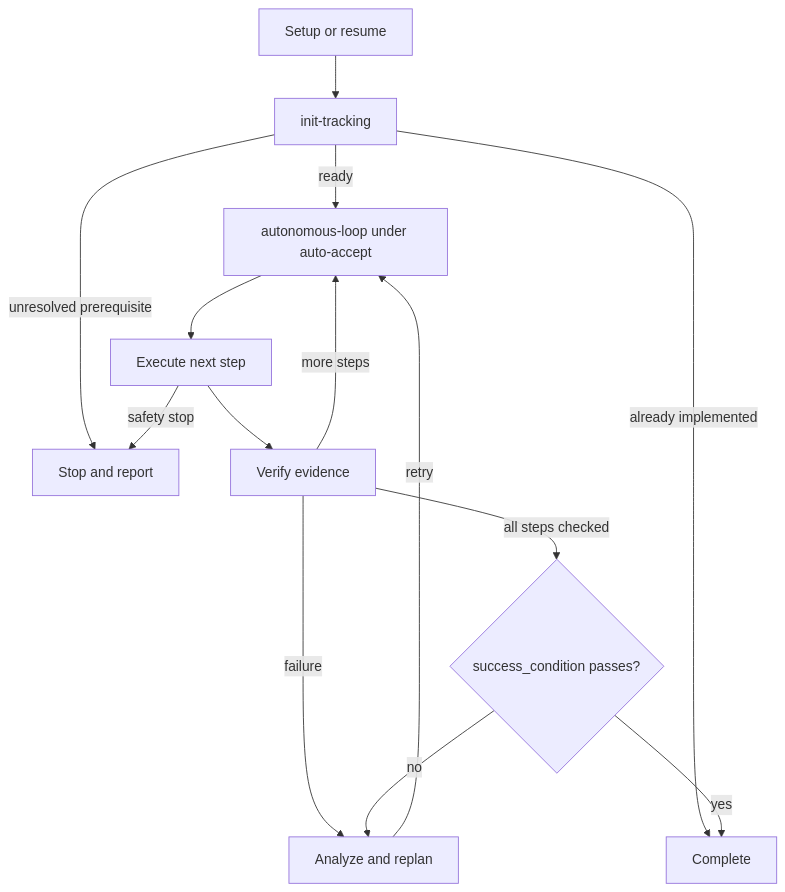
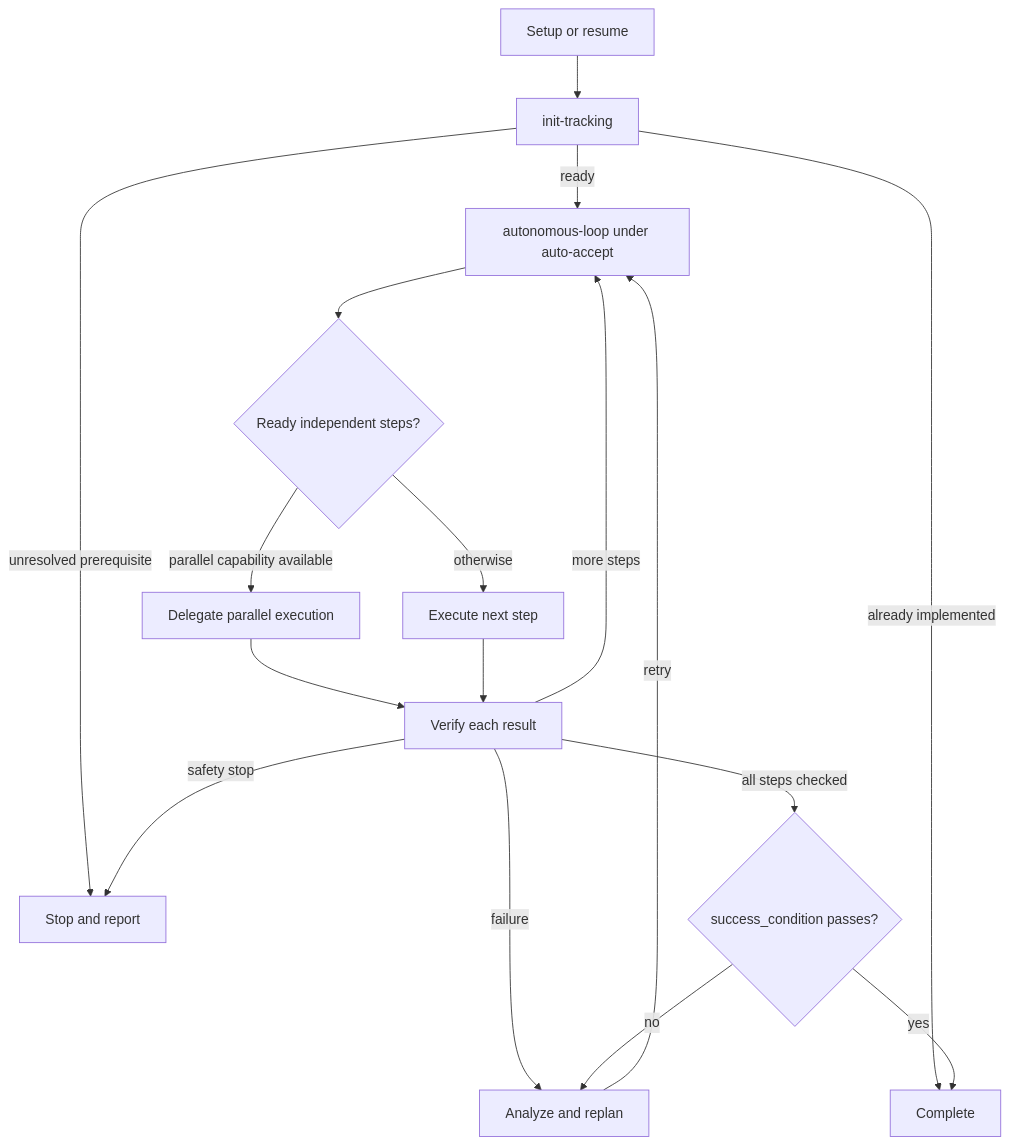
One commit to ai-driven-dev/framework changed the diagram in plugins/aidd-dev/skills/09-goalify/SKILL.md. Above: the diagram before and after it, drawn with Mermaid. The commit also changed other lines of this file and 15 other files, not shown here.

First line of the commit message:
feat(aidd-dev)!: delegate independent goal steps to batch

````diff
--- a/plugins/aidd-dev/skills/09-goalify/SKILL.md
+++ b/plugins/aidd-dev/skills/09-goalify/SKILL.md
@@ -11,16 +11,19 @@
 ```mermaid
 flowchart TD
   Start[Setup or resume] --> Init[init-tracking]
   Init -->|ready| Loop[autonomous-loop under auto-accept]
   Init -->|already implemented| Done[Complete]
   Init -->|unresolved prerequisite| Stop[Stop and report]
-  Loop --> Worker[Execute next step]
-  Worker -->|safety stop| Stop
-  Worker --> Verify[Verify evidence]
+  Loop --> Select{Ready independent steps?}
+  Select -->|parallel capability available| Batch[Delegate parallel execution]
+  Select -->|otherwise| Worker[Execute next step]
+  Batch --> Verify[Verify each result]
+  Worker --> Verify
+  Verify -->|safety stop| Stop
   Verify -->|failure| Replan[Analyze and replan]
   Replan -->|retry| Loop
   Verify -->|more steps| Loop
   Verify -->|all steps checked| Success{success_condition passes?}
   Success -->|no| Replan
   Success -->|yes| Done
 ```
````
